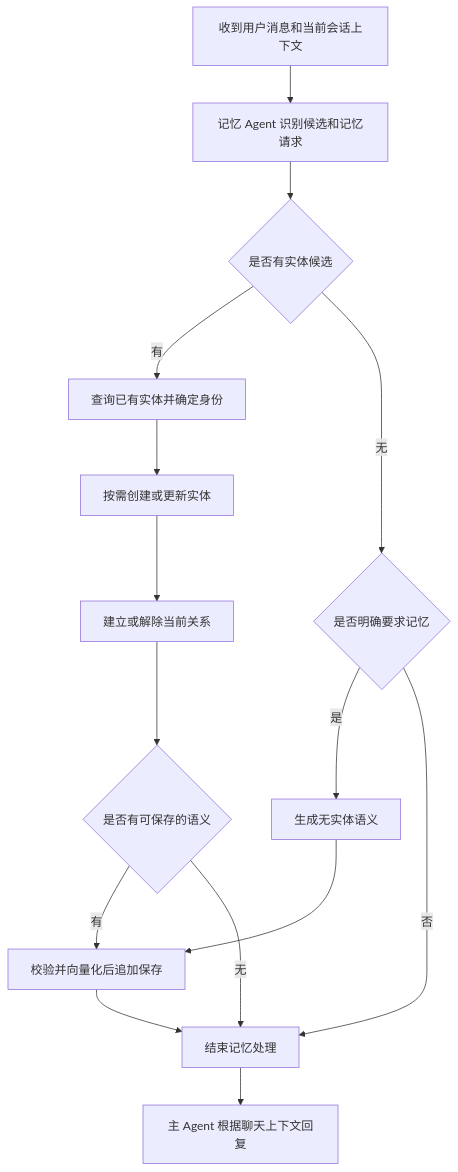
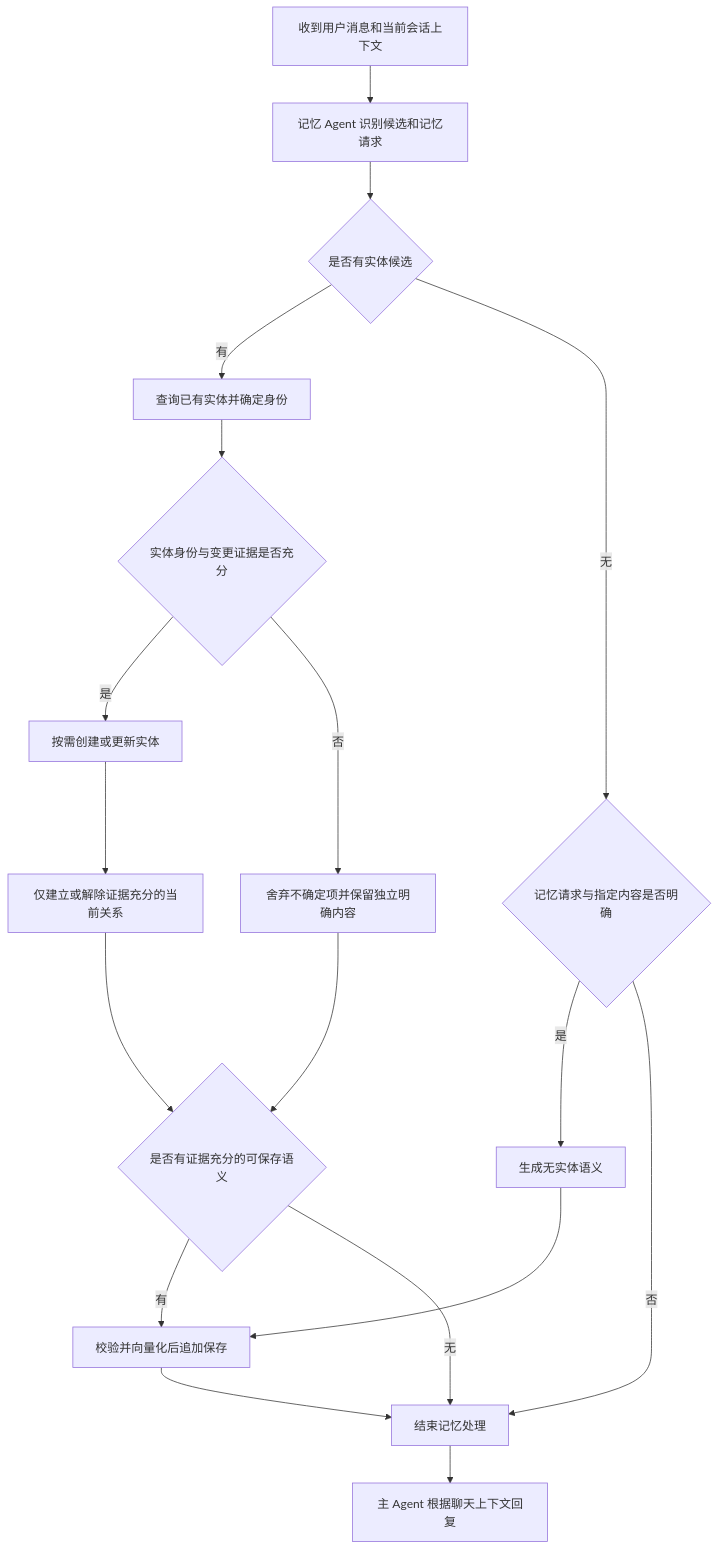
One commit to xiejiapengoooo/memory-demo changed the diagram in specs/spec_1_0.md. Above: the diagram before and after it, drawn with Mermaid. The commit also changed other lines of this file, not shown here.

````diff
--- a/specs/spec_1_0.md
+++ b/specs/spec_1_0.md
@@ -235,17 +251,20 @@
 ```mermaid
 flowchart TD
     A[收到用户消息和当前会话上下文] --> B[记忆 Agent 识别候选和记忆请求]
     B --> C{是否有实体候选}
     C -->|有| D[查询已有实体并确定身份]
-    D --> E[按需创建或更新实体]
-    E --> F[建立或解除当前关系]
-    F --> G{是否有可保存的语义}
-    C -->|无| H{是否明确要求记忆}
+    D --> V{实体身份与变更证据是否充分}
+    V -->|是| E[按需创建或更新实体]
+    V -->|否| R[舍弃不确定项并保留独立明确内容]
+    R --> G
+    E --> F[仅建立或解除证据充分的当前关系]
+    F --> G{是否有证据充分的可保存语义}
+    C -->|无| H{记忆请求与指定内容是否明确}
     H -->|是| I[生成无实体语义]
     I --> J[校验并向量化后追加保存]
     H -->|否| K[结束记忆处理]
     G -->|有| J
     G -->|无| K
     J --> K
     K --> L[主 Agent 根据聊天上下文回复]
 ```
````
